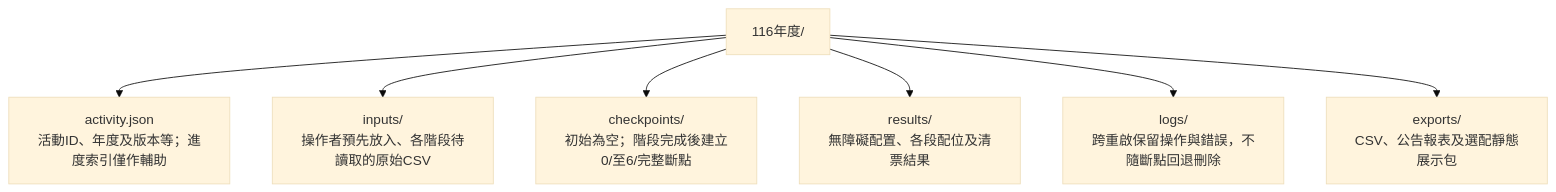
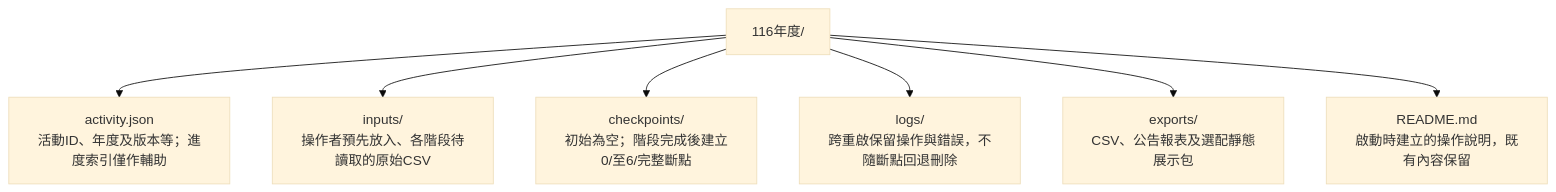
One commit to Minazuki/parking changed the first of 2 diagrams in doc/design/workspace-storage.md. Above: the diagram before and after it, drawn with Mermaid (base theme). The commit also changed other lines of this file and 76 other files, not shown here.

````diff
--- a/doc/design/workspace-storage.md
+++ b/doc/design/workspace-storage.md
@@ -19,16 +21,15 @@
 ```mermaid
 flowchart TD
     t0["116年度/"]
     t1["activity.json<br/>活動ID、年度及版本等；進度索引僅作輔助"]
     t0 --> t1
     t2["inputs/<br/>操作者預先放入、各階段待讀取的原始CSV"]
     t0 --> t2
     t3["checkpoints/<br/>初始為空；階段完成後建立0/至6/完整斷點"]
     t0 --> t3
-    t4["results/<br/>無障礙配置、各段配位及清票結果"]
-    t0 --> t4
     t5["logs/<br/>跨重啟保留操作與錯誤，不隨斷點回退刪除"]
     t0 --> t5
     t6["exports/<br/>CSV、公告報表及選配靜態展示包"]
     t0 --> t6
+    t0 --> readme["README.md<br/>啟動時建立的操作說明，既有內容保留"]
 ```
````
